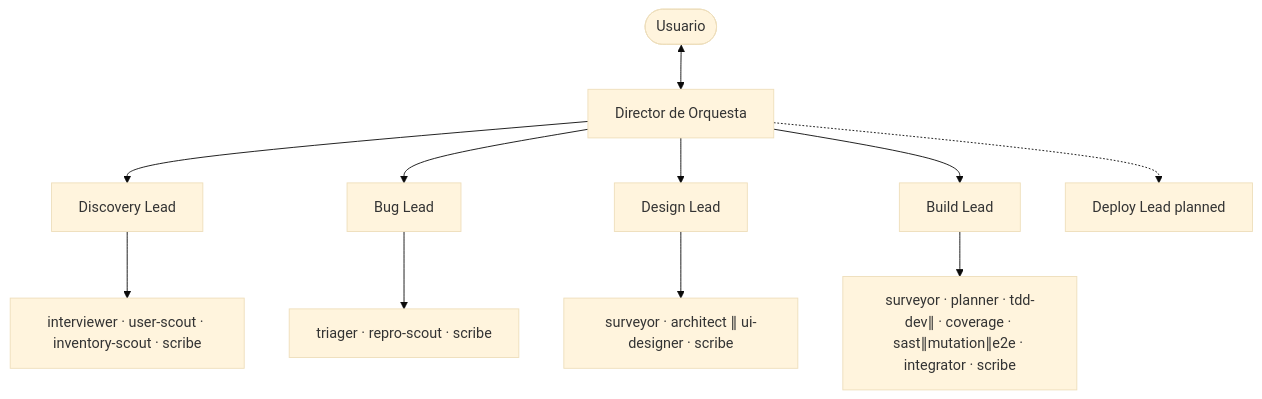
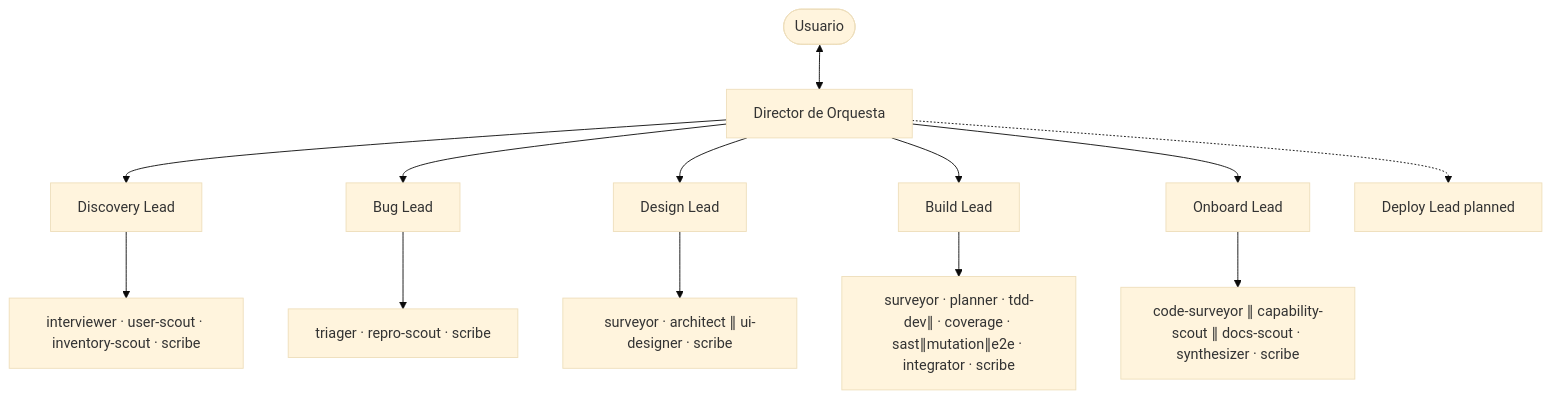
The second of 14 diagrams in README.md (infosails/infosails-harness), drawn with Mermaid (base theme) before and after one commit. The commit also changed other lines of this file and 25 other files, not shown here.

````diff
--- a/README.md
+++ b/README.md
@@ -74,17 +75,19 @@
 ```mermaid
 flowchart TB
   User([Usuario])
   Orch[Director de Orquesta]
   User <--> Orch
 
   Orch --> DL[Discovery Lead]
   Orch --> BL[Bug Lead]
   Orch --> DesL[Design Lead]
   Orch --> BuL[Build Lead]
+  Orch --> OnL[Onboard Lead]
   Orch -.-> DepL[Deploy Lead planned]
 
   DL --> DSub["interviewer · user-scout · inventory-scout · scribe"]
   BL --> BSub["triager · repro-scout · scribe"]
   DesL --> DesSub["surveyor · architect ∥ ui-designer · scribe"]
   BuL --> BuSub["surveyor · planner · tdd-dev∥ · coverage · sast∥mutation∥e2e · integrator · scribe"]
+  OnL --> OnSub["code-surveyor ∥ capability-scout ∥ docs-scout · synthesizer · scribe"]
 ```
````
